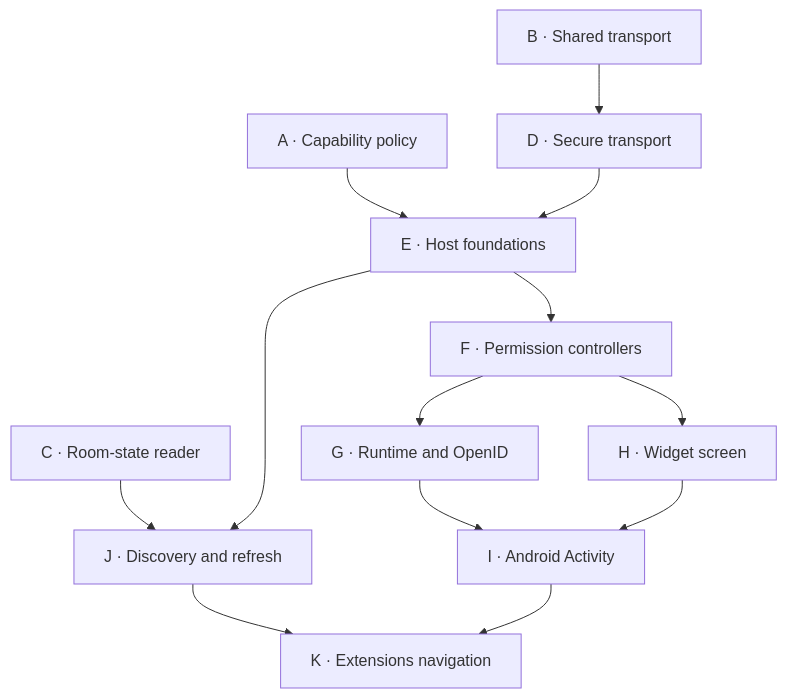
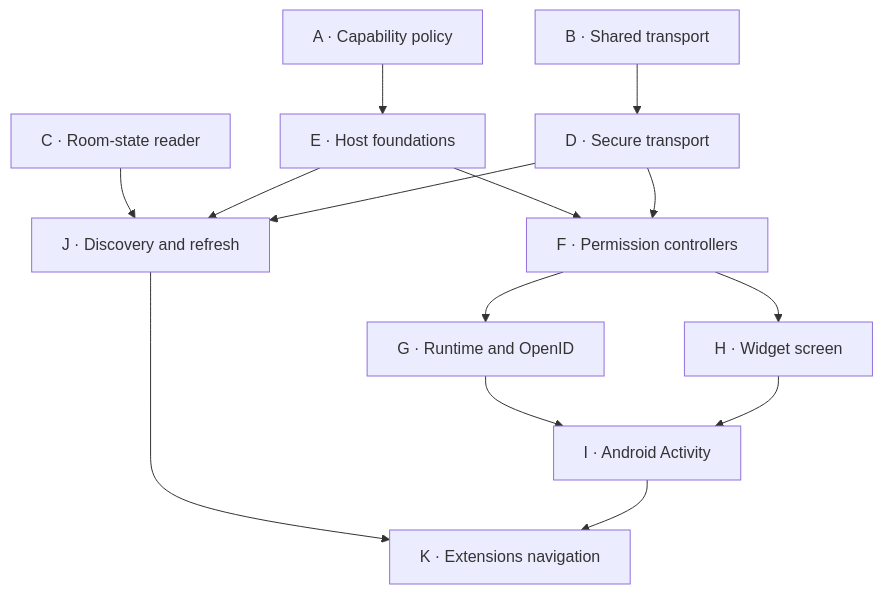
One commit to 0cwa/element-x-android changed the diagram in docs/widget-upstream-preparation.md. Above: the diagram before and after it, drawn with Mermaid. The commit also changed other lines of this file, not shown here.

First line of the commit message:
Document the final widget preparation graph

````diff
--- a/docs/widget-upstream-preparation.md
+++ b/docs/widget-upstream-preparation.md
@@ -46,15 +48,16 @@
 ```mermaid
 flowchart TD
     A["A · Capability policy"] --> E["E · Host foundations"]
     B["B · Shared transport"] --> D["D · Secure transport"]
-    D --> E
     E --> F["F · Permission controllers"]
+    D --> F
     F --> G["G · Runtime and OpenID"]
     F --> H["H · Widget screen"]
     G --> I["I · Android Activity"]
     H --> I
     C["C · Room-state reader"] --> J["J · Discovery and refresh"]
     E --> J
+    D --> J
     J --> K["K · Extensions navigation"]
     I --> K
 ```
````
